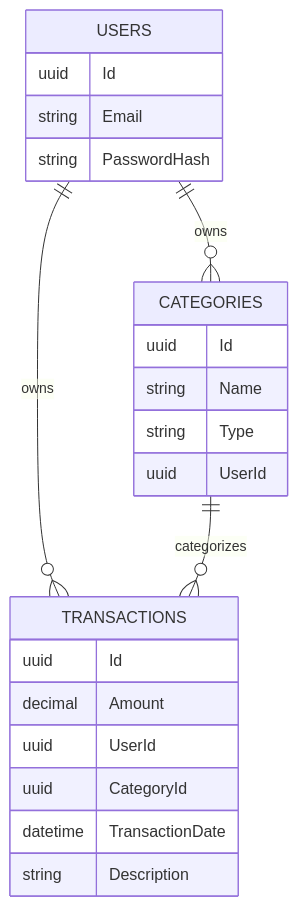
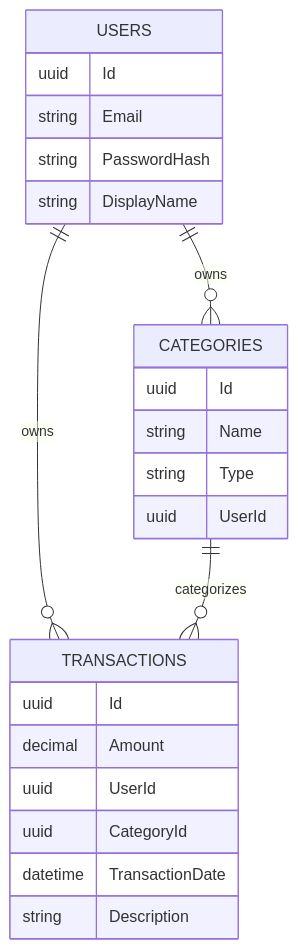
The fourth of 4 diagrams in backend/README.md (handyana05/expenses-tracker), drawn with Mermaid before and after one commit. The commit also changed other lines of this file and 1 other file, not shown here.

````diff
--- a/backend/README.md
+++ b/backend/README.md
@@ -344,28 +217,29 @@
 ```mermaid
 erDiagram
-    USERS {
-        uuid Id
-        string Email
-        string PasswordHash
-    }
-
-    CATEGORIES {
-        uuid Id
-        string Name
-        string Type
-        uuid UserId
-    }
-
-    TRANSACTIONS {
-        uuid Id
-        decimal Amount
-        uuid UserId
-        uuid CategoryId
-        datetime TransactionDate
-        string Description
-    }
-
-    USERS ||--o{ CATEGORIES : owns
-    USERS ||--o{ TRANSACTIONS : owns
+    USERS { 
+        uuid Id 
+        string Email 
+        string PasswordHash 
+        string DisplayName 
+    } 
+    
+    CATEGORIES { 
+        uuid Id 
+        string Name 
+        string Type 
+        uuid UserId 
+    } 
+    
+    TRANSACTIONS { 
+        uuid Id 
+        decimal Amount 
+        uuid UserId 
+        uuid CategoryId 
+        datetime TransactionDate 
+        string Description 
+    } 
+    
+    USERS ||--o{ CATEGORIES : owns 
+    USERS ||--o{ TRANSACTIONS : owns 
     CATEGORIES ||--o{ TRANSACTIONS : categorizes
 ```
````
